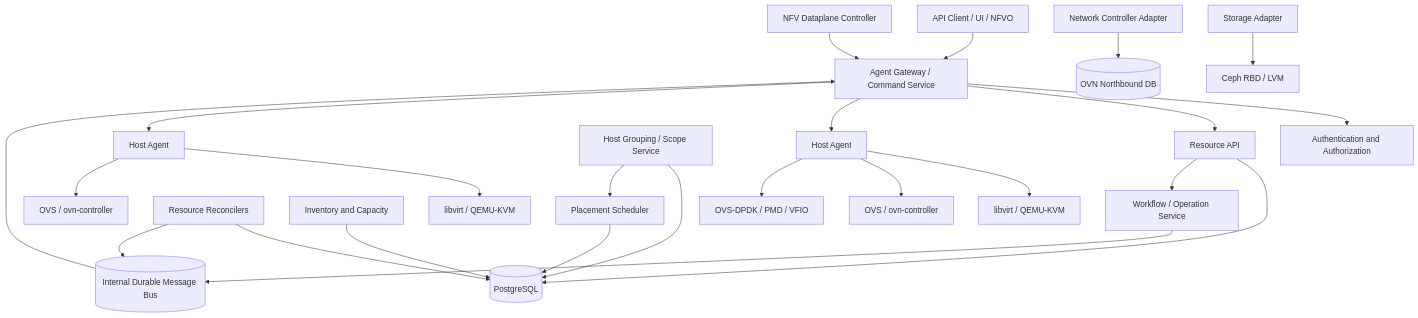
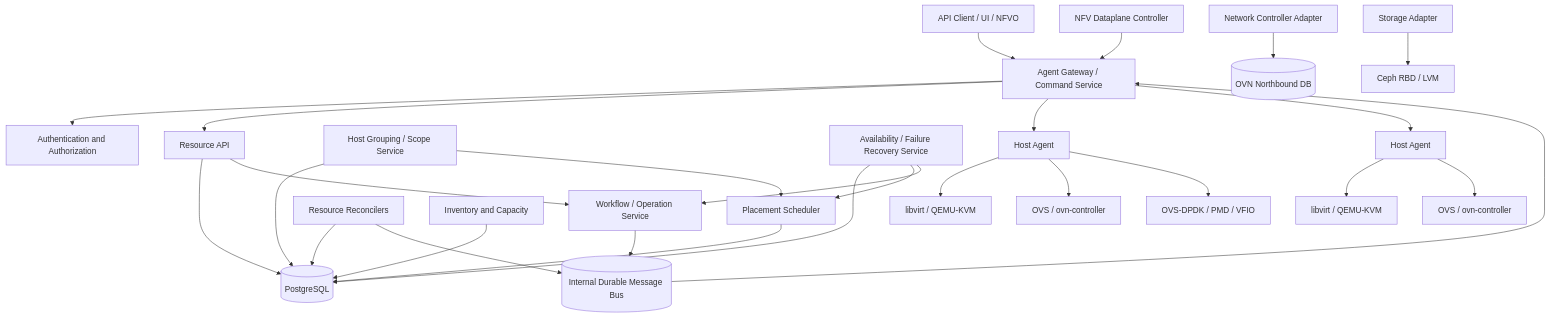
Before and after one commit to si32288564/kvm-infrastructure-manager: the second of 3 diagrams in docs/architecture.md, drawn with Mermaid. The commit also changed other lines of this file and 24 other files, not shown here.

Commit message:
docs: define availability responsibility and recovery

````diff
--- a/docs/architecture.md
+++ b/docs/architecture.md
@@ -40,26 +40,29 @@
 ```mermaid
 flowchart TB
     Client["API Client / UI / NFVO"] --> Gateway["API Gateway"]
     Gateway --> IAM["Authentication and Authorization"]
     Gateway --> API["Resource API"]
     API --> DB[("PostgreSQL")]
     API --> Workflow["Workflow / Operation Service"]
     Workflow --> Bus[("Internal Durable Message Bus")]
     Scheduler["Placement Scheduler"] --> DB
     Grouping["Host Grouping / Scope Service"] --> DB
     Grouping --> Scheduler
+    Recovery["Availability / Failure Recovery Service"] --> DB
+    Recovery --> Scheduler
+    Recovery --> Workflow
     Reconciler["Resource Reconcilers"] --> DB
     Reconciler --> Bus
     Inventory["Inventory and Capacity"] --> DB
     Bus --> Gateway["Agent Gateway / Command Service"]
     Gateway --> Agent1["Host Agent"]
     Gateway --> AgentN["Host Agent"]
     Agent1 --> Libvirt1["libvirt / QEMU-KVM"]
     AgentN --> LibvirtN["libvirt / QEMU-KVM"]
     Agent1 --> OVS1["OVS / ovn-controller"]
     AgentN --> OVSN["OVS / ovn-controller"]
     NetworkCtl["Network Controller Adapter"] --> OVNDB[("OVN Northbound DB")]
     StorageCtl["Storage Adapter"] --> RBD["Ceph RBD / LVM"]
     DataplaneCtl["NFV Dataplane Controller"] --> Gateway
     Agent1 --> DPDK1["OVS-DPDK / PMD / VFIO"]
 ```
````
